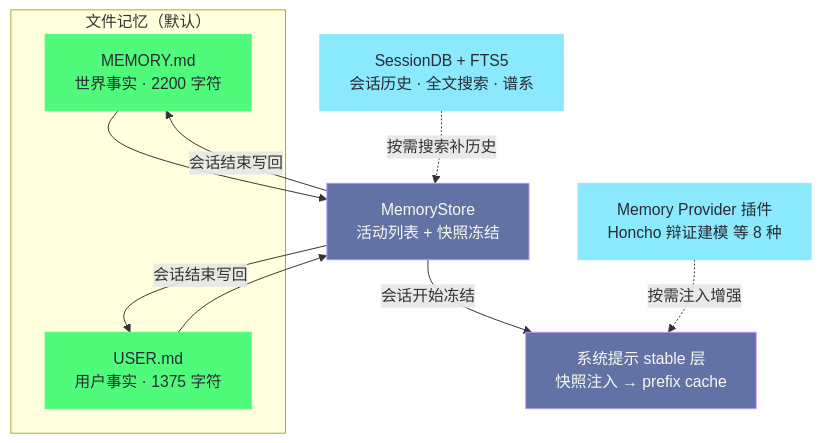
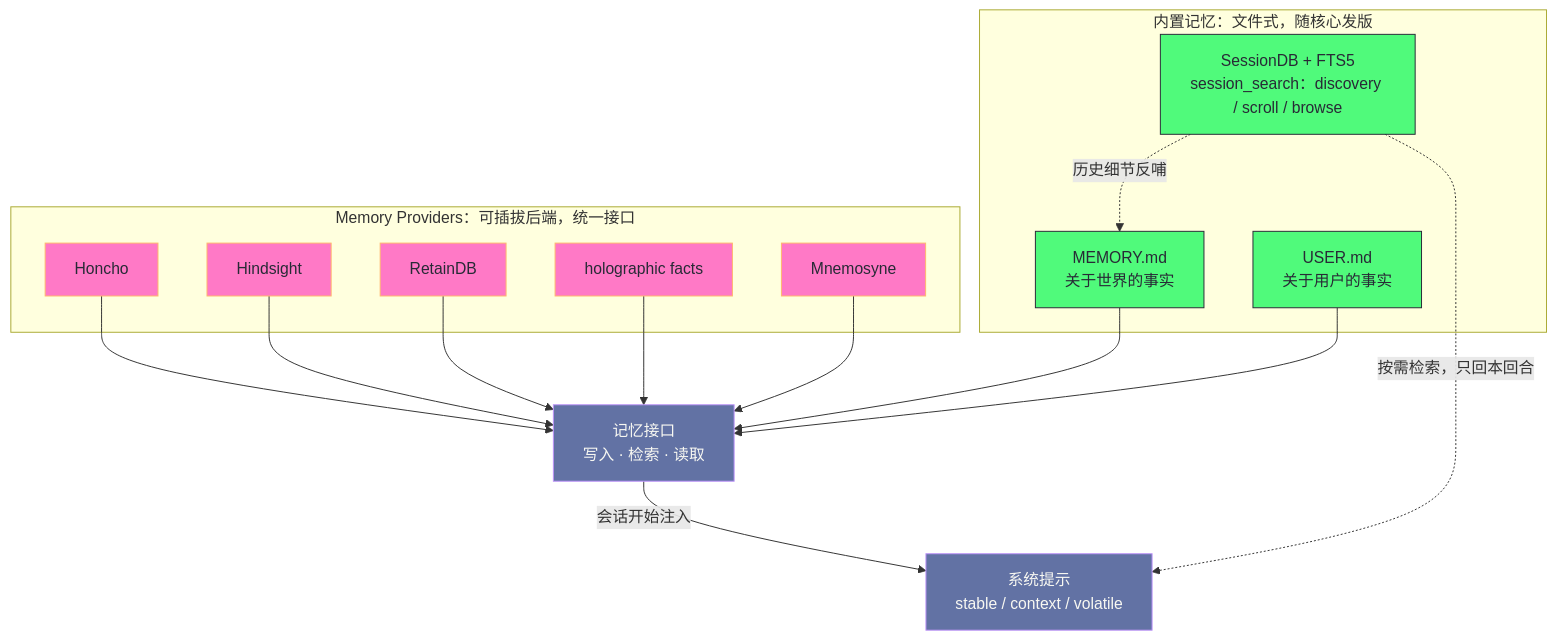
One commit to hpliStartAgain/my-brain changed the first of 4 diagrams in content/LLM/Hermes-Agent/06 持久记忆——MEMORY.md、USER.md、Honcho.md. Above: the diagram before and after it, drawn with Mermaid. The commit also changed other lines of this file and 259 other files, not shown here.

````diff
--- a/content/LLM/Hermes-Agent/06 持久记忆——MEMORY.md、USER.md、Honcho.md
+++ b/content/LLM/Hermes-Agent/06 持久记忆——MEMORY.md、USER.md、Honcho.md
@@ -432,27 +81,35 @@
 ```mermaid
 %%{init: {'theme': 'dracula'}}%%
 graph TD
-    subgraph Files["文件记忆（默认）"]
-        M["MEMORY.md<br/>世界事实 · 2200 字符"]
-        U["USER.md<br/>用户事实 · 1375 字符"]
+    subgraph inner["内置记忆：文件式，随核心发版"]
+        M["MEMORY.md<br/>关于世界的事实"]
+        U["USER.md<br/>关于用户的事实"]
+        F["SessionDB + FTS5<br/>session_search：discovery / scroll / browse"]
     end
-    S["MemoryStore<br/>活动列表 + 快照冻结"]
-    P["系统提示 stable 层<br/>快照注入 → prefix cache"]
-    F["SessionDB + FTS5<br/>会话历史 · 全文搜索 · 谱系"]
-    H["Memory Provider 插件<br/>Honcho 辩证建模 等 8 种"]
+    subgraph plug["Memory Providers：可插拔后端，统一接口"]
+        H["Honcho"]
+        HI["Hindsight"]
+        RD["RetainDB"]
+        HF["holographic facts"]
+        MN["Mnemosyne"]
+    end
+    API["记忆接口<br/>写入 · 检索 · 读取"]
+    P["系统提示<br/>stable / context / volatile"]
+    M --> API
+    U --> API
+    H --> API
+    HI --> API
+    RD --> API
+    HF --> API
+    MN --> API
+    API -->|"会话开始注入"| P
+    F -.->|"按需检索，只回本回合"| P
+    F -.->|"历史细节反哺"| M
 
-    M --> S
-    U --> S
-    S -->|"会话开始冻结"| P
-    S -->|"会话结束写回"| M
-    S -->|"会话结束写回"| U
-    F -.->|"按需搜索补历史"| S
-    H -.->|"按需注入增强"| P
-
-    classDef file fill:#50fa7b,stroke:#50fa7b,color:#282a36
+    classDef file fill:#50fa7b,stroke:#282a36,color:#282a36
     classDef core fill:#6272a4,stroke:#bd93f9,color:#f8f8f2
-    classDef ext fill:#8be9fd,stroke:#8be9fd,color:#282a36
-    class M,U file
-    class S,P core
-    class F,H ext
+    classDef ext fill:#ff79c6,stroke:#ffb86c,color:#282a36
+    class M,U,F file
+    class API,P core
+    class H,HI,RD,HF,MN ext
 ```
````
